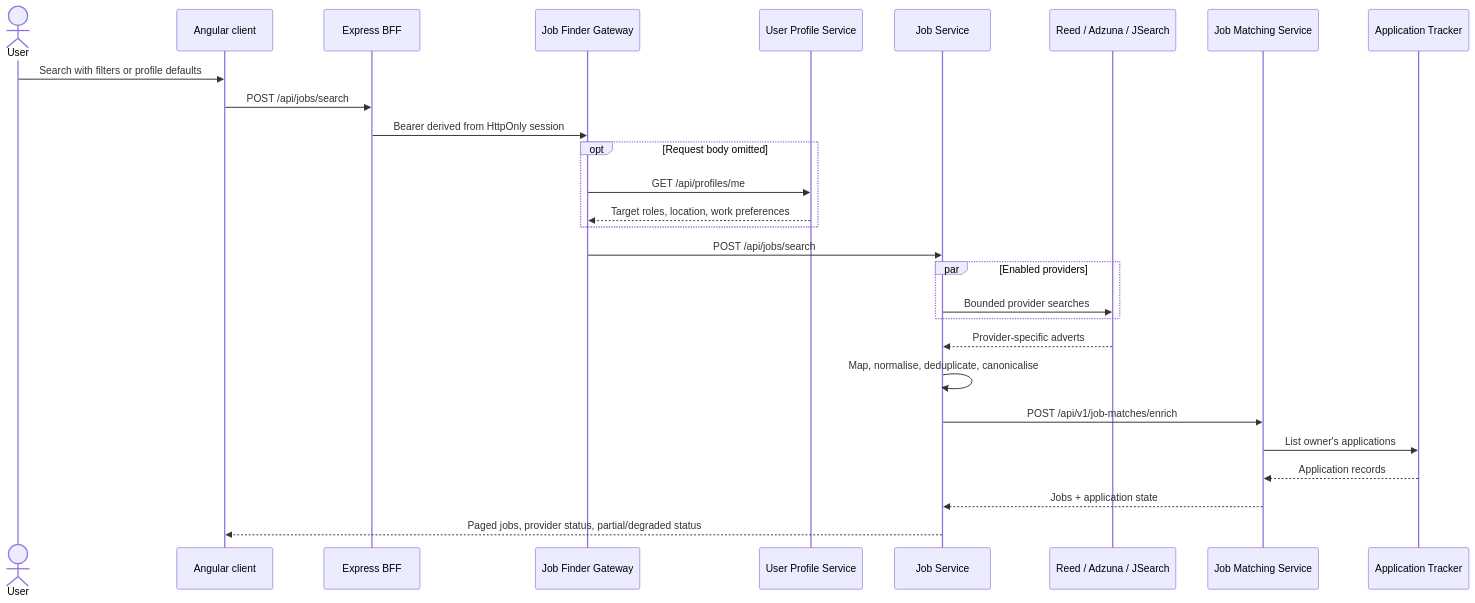
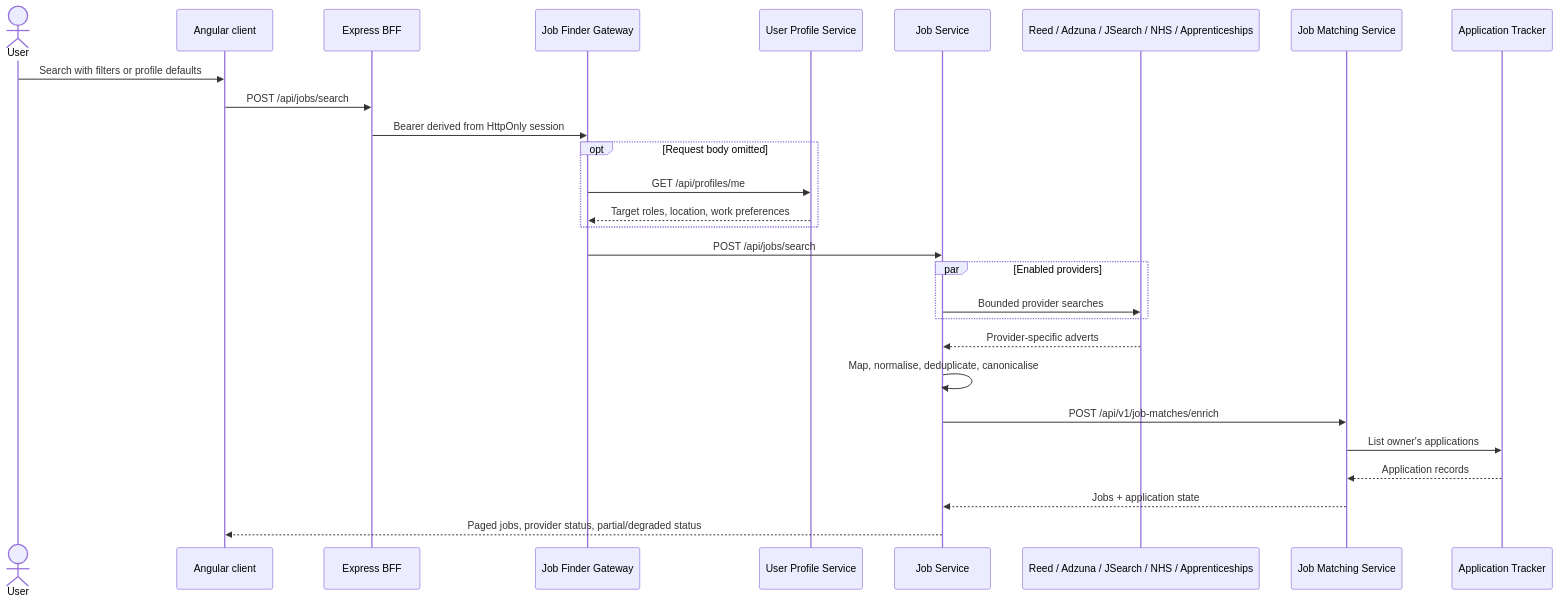
The diagram in docs-site/docs/journeys/job-search.md (jobseekercopilot/infrastructure), drawn with Mermaid before and after one commit. The commit also changed other lines of this file and 21 other files, not shown here.

````diff
--- a/docs-site/docs/journeys/job-search.md
+++ b/docs-site/docs/journeys/job-search.md
@@ -5,31 +5,31 @@
 ```mermaid
 sequenceDiagram
   actor User
   participant UI as Angular client
   participant BFF as Express BFF
   participant Finder as Job Finder Gateway
   participant Profile as User Profile Service
   participant Jobs as Job Service
-  participant Providers as Reed / Adzuna / JSearch
+  participant Providers as Reed / Adzuna / JSearch / NHS / Apprenticeships
   participant Matching as Job Matching Service
   participant Tracker as Application Tracker
 
   User->>UI: Search with filters or profile defaults
   UI->>BFF: POST /api/jobs/search
   BFF->>Finder: Bearer derived from HttpOnly session
   opt Request body omitted
     Finder->>Profile: GET /api/profiles/me
     Profile-->>Finder: Target roles, location, work preferences
   end
   Finder->>Jobs: POST /api/jobs/search
   par Enabled providers
     Jobs->>Providers: Bounded provider searches
   end
   Providers-->>Jobs: Provider-specific adverts
   Jobs->>Jobs: Map, normalise, deduplicate, canonicalise
   Jobs->>Matching: POST /api/v1/job-matches/enrich
   Matching->>Tracker: List owner's applications
   Tracker-->>Matching: Application records
   Matching-->>Jobs: Jobs + application state
   Jobs-->>UI: Paged jobs, provider status, partial/degraded status
 ```
````
